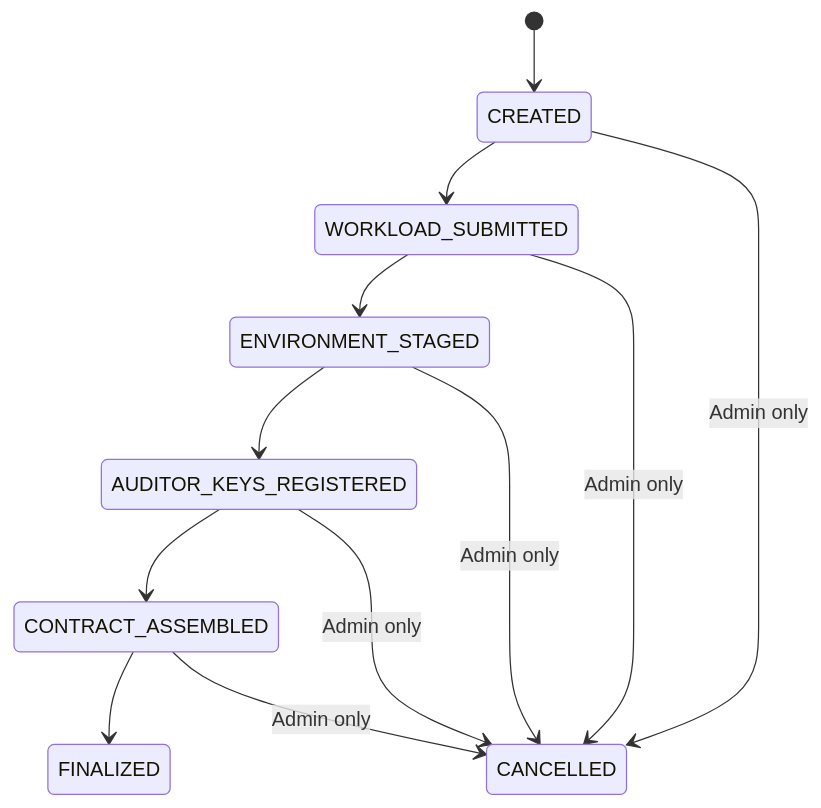
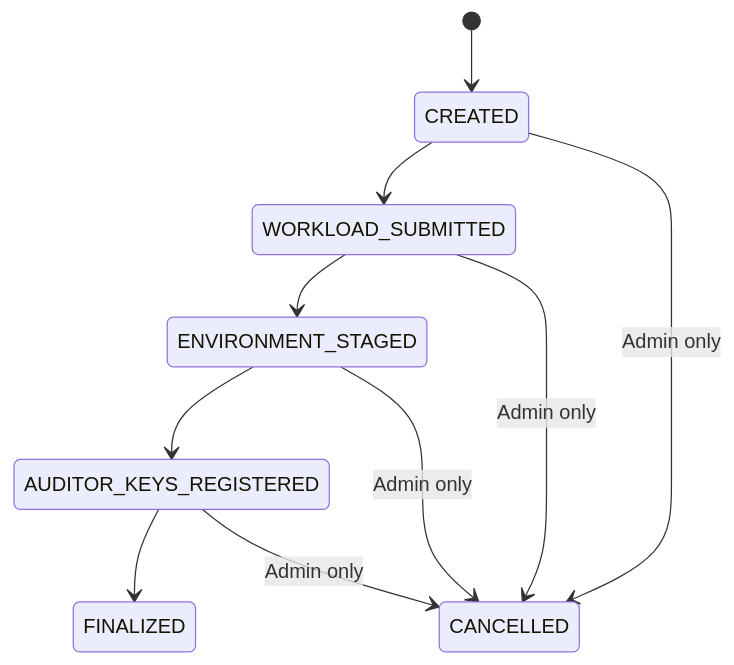
Before and after one commit to Sashwat-K/persona-based-contract-generator: the first of 3 diagrams in Design/high-level-design.md, drawn with Mermaid. The commit also changed other lines of this file and 2 other files, not shown here.

````diff
--- a/Design/high-level-design.md
+++ b/Design/high-level-design.md
@@ -163,14 +267,12 @@
 ```mermaid
 stateDiagram-v2
     [*] --> CREATED
     CREATED --> WORKLOAD_SUBMITTED
     WORKLOAD_SUBMITTED --> ENVIRONMENT_STAGED
     ENVIRONMENT_STAGED --> AUDITOR_KEYS_REGISTERED
-    AUDITOR_KEYS_REGISTERED --> CONTRACT_ASSEMBLED
-    CONTRACT_ASSEMBLED --> FINALIZED
+    AUDITOR_KEYS_REGISTERED --> FINALIZED
     CREATED --> CANCELLED : Admin only
     WORKLOAD_SUBMITTED --> CANCELLED : Admin only
     ENVIRONMENT_STAGED --> CANCELLED : Admin only
     AUDITOR_KEYS_REGISTERED --> CANCELLED : Admin only
-    CONTRACT_ASSEMBLED --> CANCELLED : Admin only
 ```
````
